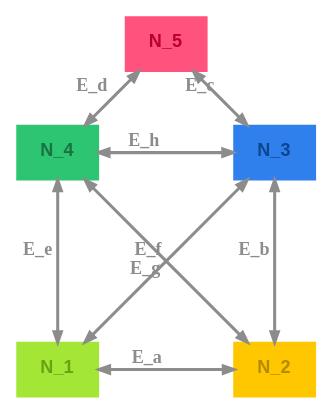
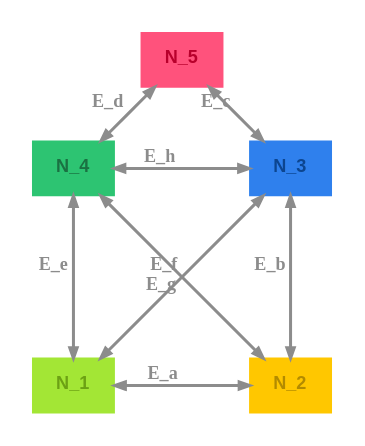
Before and after one commit to m-bock/purescript-transit: the diagram in renders/house-santa-claus-light.dot, drawn with Graphviz. The commit also changed 40 other files, not shown here.

```diff
--- a/renders/house-santa-claus-light.dot
+++ b/renders/house-santa-claus-light.dot
@@ -1,18 +1,18 @@
 digraph 
 {
-rankdir = "TD";fontname = "Arial";labelloc = "t";fontsize = 12;bgcolor = "#ffffff";color = "#000000";fontcolor = "#000000"
+rankdir = "TD";fontname = "Arial";labelloc = "t";fontsize = 12;bgcolor = "#ffffff";color = "#000000";fontcolor = "#000000";pad = 0.2
 layout=neato
 N_1 [pos="0,0!",shape = "box", label = <<b>N_1</b>>, fontsize = 12, style = "filled", fillcolor = "#a3e635", fontcolor = "#6ca114", color = "#a3e635", fontname = "Arial", labelloc = "c", penwidth = 1.0]
 N_2 [pos="2,0!",shape = "box", label = <<b>N_2</b>>, fontsize = 12, style = "filled", fillcolor = "#ffc700", fontcolor = "#b38b00", color = "#ffc700", fontname = "Arial", labelloc = "c", penwidth = 1.0]
 N_2 -> N_1 [color = "#8c8c8c", fontcolor = "#8c8c8c", fontsize = 12, label = <<b>E_a</b>>, arrowsize = "0.7", penwidth = 2.0, dir = "both"]
 N_3 [pos="2,2!",shape = "box", label = <<b>N_3</b>>, fontsize = 12, style = "filled", fillcolor = "#2f80ed", fontcolor = "#0c4590", color = "#2f80ed", fontname = "Arial", labelloc = "c", penwidth = 1.0]
 N_3 -> N_2 [color = "#8c8c8c", fontcolor = "#8c8c8c", fontsize = 12, label = <<b>E_b</b>>, arrowsize = "0.7", penwidth = 2.0, dir = "both"]
 N_3 -> N_1 [color = "#8c8c8c", fontcolor = "#8c8c8c", fontsize = 12, label = <<b>E_f</b>>, arrowsize = "0.7", penwidth = 2.0, dir = "both"]
 N_5 [pos="1,3!",shape = "box", label = <<b>N_5</b>>, fontsize = 12, style = "filled", fillcolor = "#ff527c", fontcolor = "#b8002c", color = "#ff527c", fontname = "Arial", labelloc = "c", penwidth = 1.0]
 N_5 -> N_3 [color = "#8c8c8c", fontcolor = "#8c8c8c", fontsize = 12, label = <<b>E_c</b>>, arrowsize = "0.7", penwidth = 2.0, dir = "both"]
 N_5 -> N_4 [color = "#8c8c8c", fontcolor = "#8c8c8c", fontsize = 12, label = <<b>E_d</b>>, arrowsize = "0.7", penwidth = 2.0, dir = "both"]
 N_4 [pos="0,2!",shape = "box", label = <<b>N_4</b>>, fontsize = 12, style = "filled", fillcolor = "#2dc472", fontcolor = "#1a7142", color = "#2dc472", fontname = "Arial", labelloc = "c", penwidth = 1.0]
 N_4 -> N_1 [color = "#8c8c8c", fontcolor = "#8c8c8c", fontsize = 12, label = <<b>E_e</b>>, arrowsize = "0.7", penwidth = 2.0, dir = "both"]
 N_4 -> N_2 [color = "#8c8c8c", fontcolor = "#8c8c8c", fontsize = 12, label = <<b>E_g</b>>, arrowsize = "0.7", penwidth = 2.0, dir = "both"]
 N_4 -> N_3 [color = "#8c8c8c", fontcolor = "#8c8c8c", fontsize = 12, label = <<b>E_h</b>>, arrowsize = "0.7", penwidth = 2.0, dir = "both"]
 }
```
